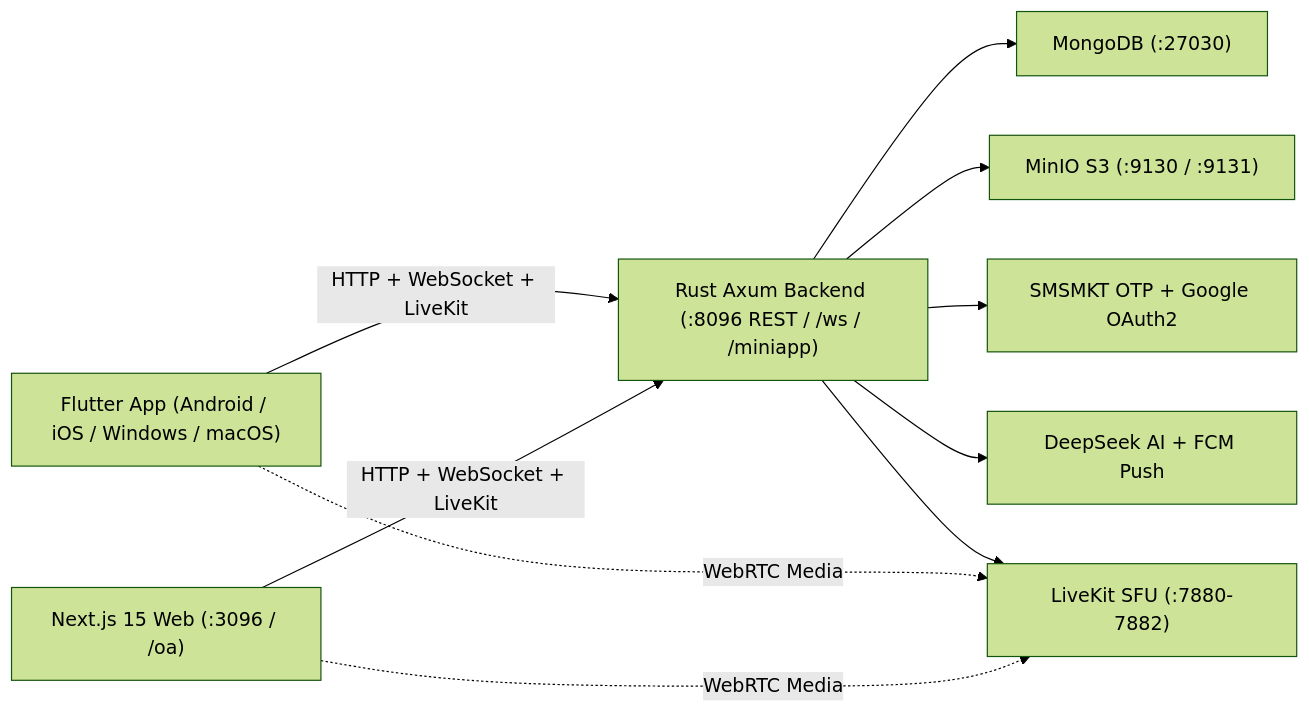
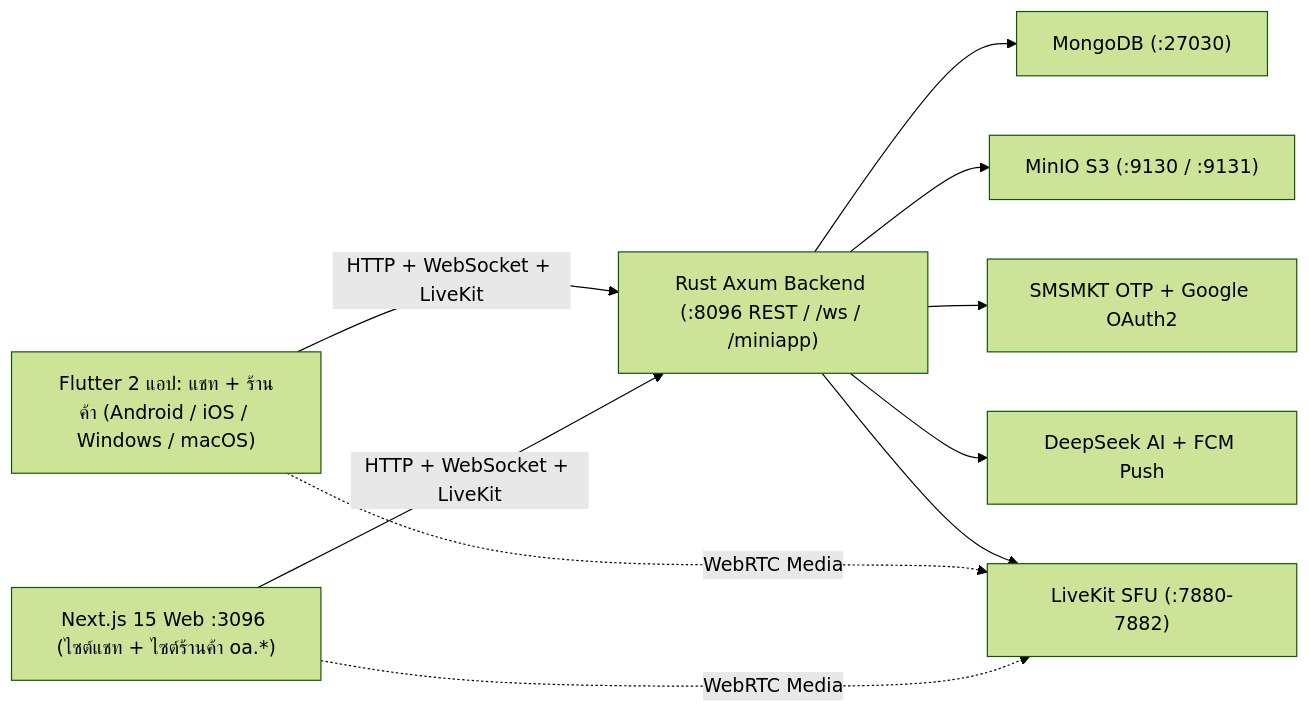
Before and after one commit to jaturapornchai/bcaichat001: the diagram in README.md, drawn with Mermaid (forest theme). The commit also changed other lines of this file and 56 other files, not shown here.

````diff
--- a/README.md
+++ b/README.md
@@ -55,21 +56,21 @@
 ```mermaid
 flowchart LR
-  WEB["Next.js 15 Web (:3096 / /oa)"]
-  FLUTTER["Flutter App (Android / iOS / Windows / macOS)"]
+  WEB["Next.js 15 Web :3096 (ไซต์แชท + ไซต์ร้านค้า oa.*)"]
+  FLUTTER["Flutter 2 แอป: แชท + ร้านค้า (Android / iOS / Windows / macOS)"]
   API["Rust Axum Backend (:8096 REST / /ws / /miniapp)"]
   MONGO["MongoDB (:27030)"]
   MINIO["MinIO S3 (:9130 / :9131)"]
   LIVEKIT["LiveKit SFU (:7880-7882)"]
   SMS["SMSMKT OTP + Google OAuth2"]
   AI["DeepSeek AI + FCM Push"]
 
   WEB -->|HTTP + WebSocket + LiveKit| API
   FLUTTER -->|HTTP + WebSocket + LiveKit| API
   WEB -.->|WebRTC Media| LIVEKIT
   FLUTTER -.->|WebRTC Media| LIVEKIT
   API --> MONGO
   API --> MINIO
   API --> LIVEKIT
   API --> SMS
   API --> AI
 ```
````
